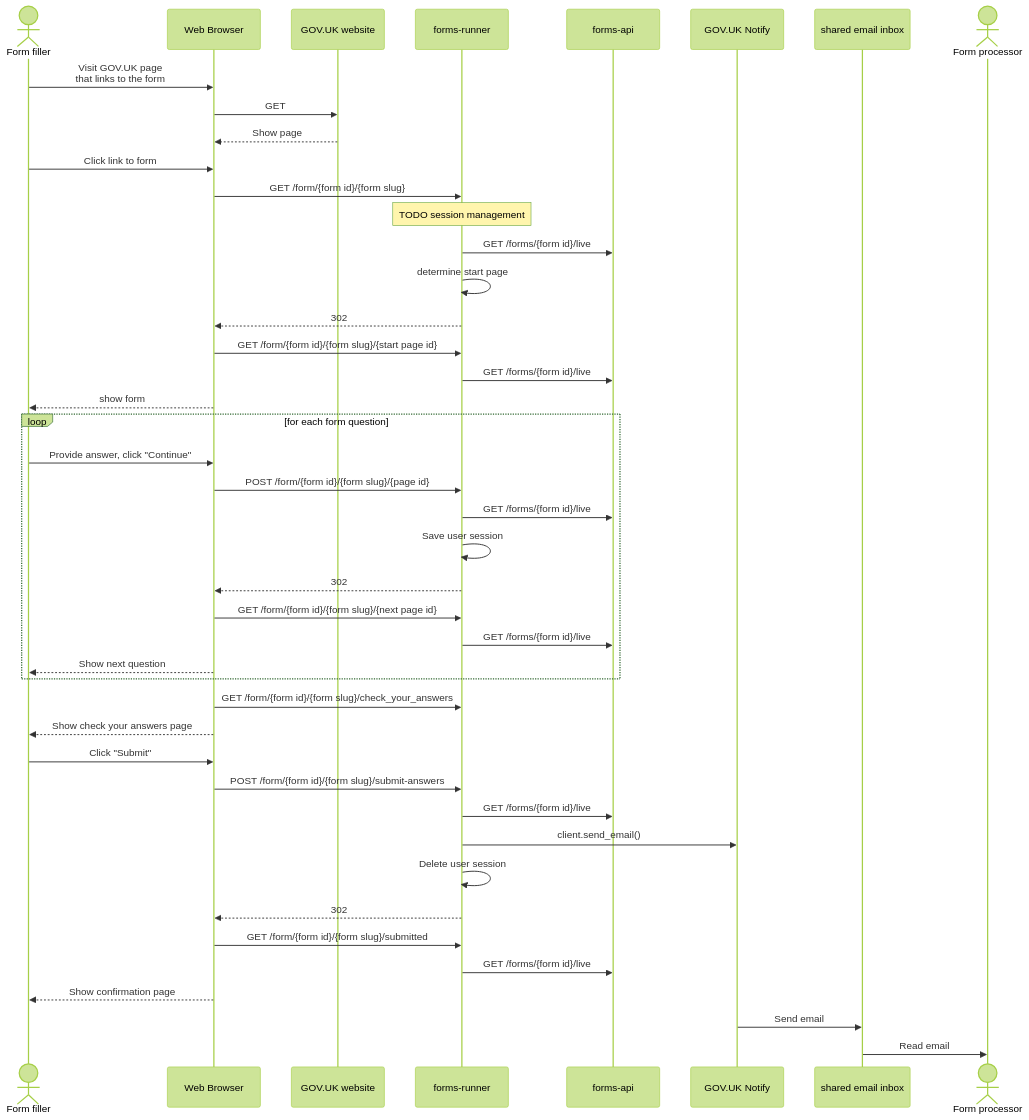
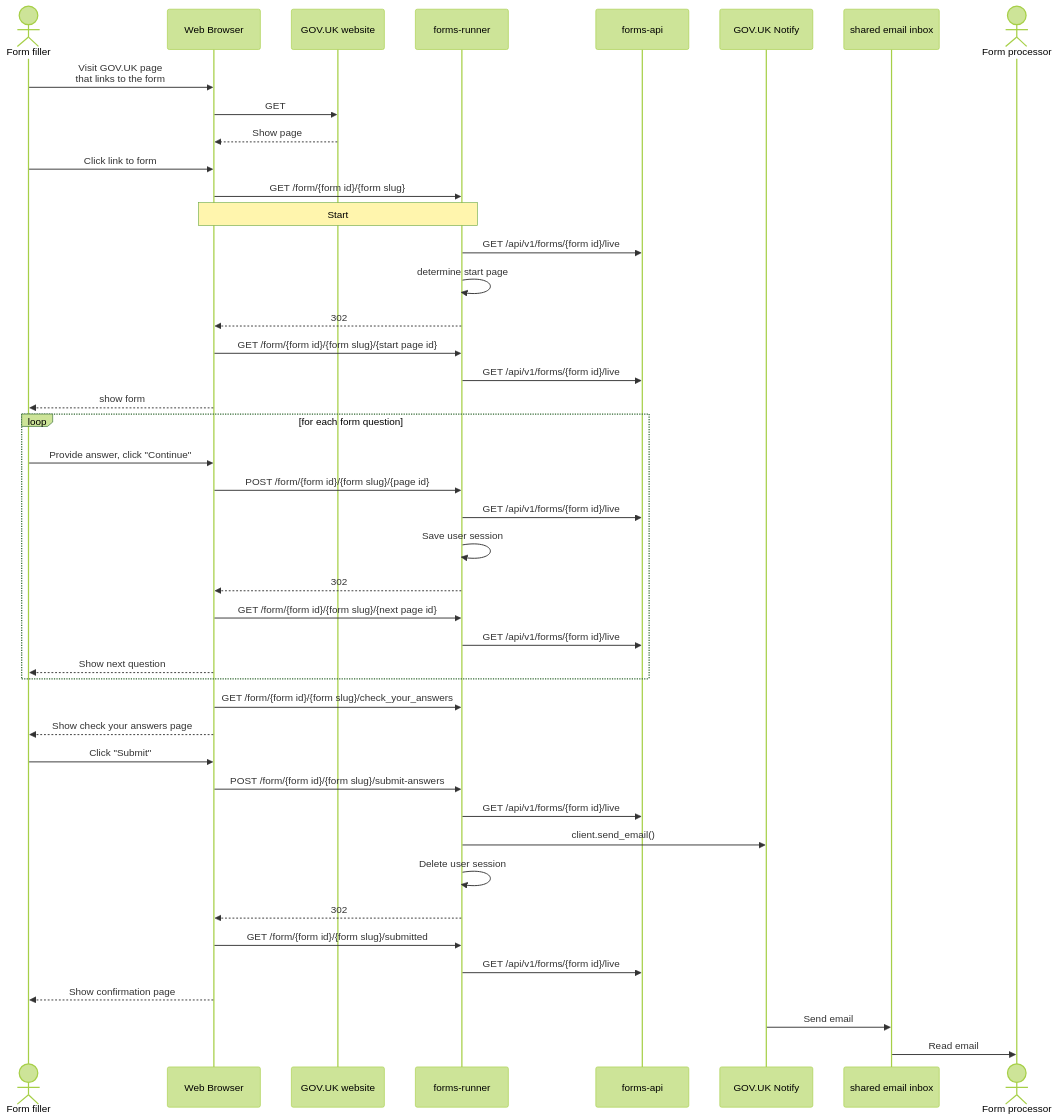
Before and after one commit to alphagov/forms: the first of 2 diagrams in diagrams/sequence-diagrams/filling-in-a-form.md, drawn with Mermaid (forest theme). The commit also changed other lines of this file, not shown here.

Commit message:
Initial session management diagrams within forms-runner

````diff
--- a/diagrams/sequence-diagrams/filling-in-a-form.md
+++ b/diagrams/sequence-diagrams/filling-in-a-form.md
@@ -3,50 +3,50 @@
 ```mermaid 
 sequenceDiagram
   actor user as Form filler
   participant browser as Web Browser
   participant govuk as GOV.UK website
   participant runner as forms-runner
   participant api as forms-api
   participant notify as GOV.UK Notify
   participant inbox as shared email inbox
   actor processor as Form processor
 
   user->>browser: Visit GOV.UK page<br />that links to the form
   browser->>govuk: GET
   govuk-->>browser: Show page
 
   user->>browser: Click link to form
   browser->>runner: GET /form/{form id}/{form slug}
-  note over runner: TODO session management
-  runner->>api: GET /forms/{form id}/live
+  note over browser,runner: Start 
+  runner->>api: GET /api/v1/forms/{form id}/live
   runner->>runner: determine start page  
   runner-->>browser: 302
   browser->>runner: GET /form/{form id}/{form slug}/{start page id}
-  runner->>api: GET /forms/{form id}/live
+  runner->>api: GET /api/v1/forms/{form id}/live
   browser-->>user: show form
 
   loop for each form question
     user->>browser: Provide answer, click "Continue"
     browser->>runner: POST /form/{form id}/{form slug}/{page id}
-    runner->>api: GET /forms/{form id}/live
+    runner->>api: GET /api/v1/forms/{form id}/live
     runner->>runner: Save user session
     runner-->>browser: 302
     browser->>runner: GET /form/{form id}/{form slug}/{next page id}
-    runner->>api: GET /forms/{form id}/live
+    runner->>api: GET /api/v1/forms/{form id}/live
     browser-->>user: Show next question    
   end
 
   browser->>runner: GET /form/{form id}/{form slug}/check_your_answers
   browser-->>user: Show check your answers page
   user->>browser: Click "Submit"
   browser->>runner: POST /form/{form id}/{form slug}/submit-answers
-  runner->>api: GET /forms/{form id}/live
+  runner->>api: GET /api/v1/forms/{form id}/live
   runner->>notify: client.send_email()
   runner->>runner: Delete user session
   runner-->>browser: 302
   browser->>runner: GET /form/{form id}/{form slug}/submitted
-  runner->>api: GET /forms/{form id}/live
+  runner->>api: GET /api/v1/forms/{form id}/live
   browser-->>user: Show confirmation page
   notify->>inbox: Send email
   inbox->>processor: Read email
 ```
````
